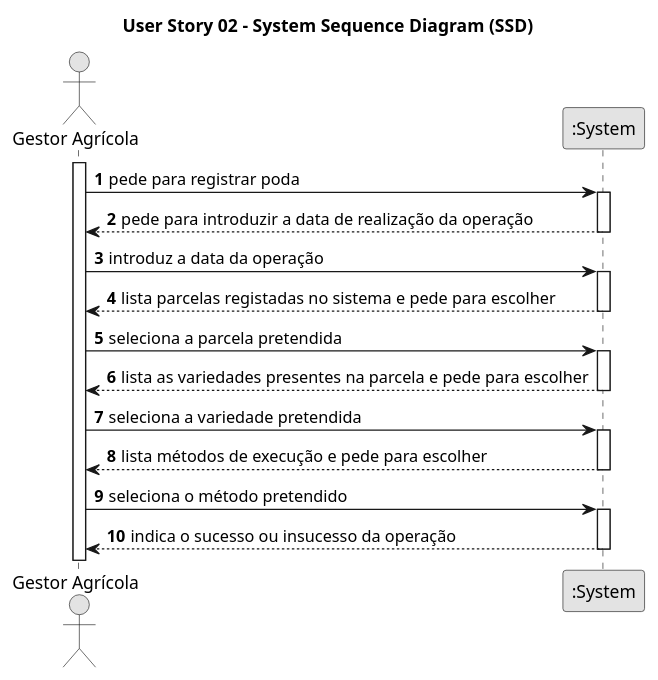
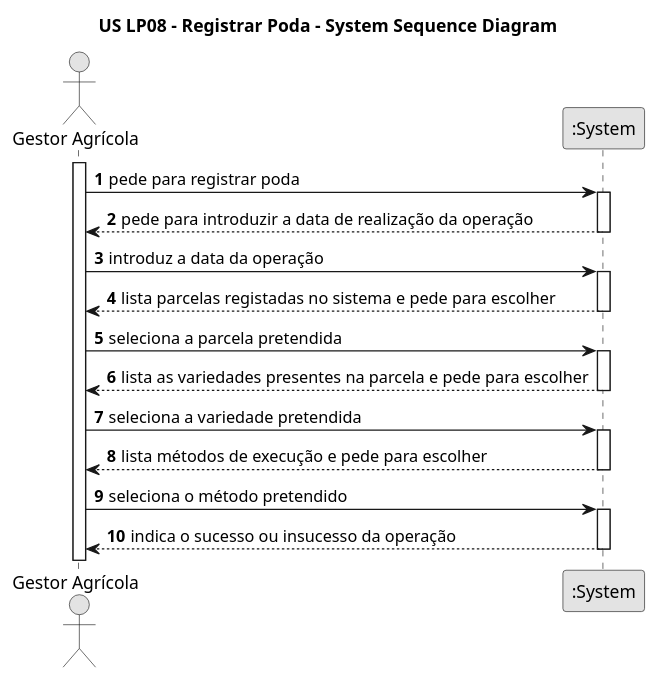
Before and after one commit to tiagohcorreia/LAPR3: the diagram in docs/sprint2/lapr3/us-lp-08/01-requirements/puml/us-lp-08-ssd.puml, drawn with PlantUML. The commit also changed 20 other files, not shown here.

```diff
--- a/docs/sprint2/lapr3/us-lp-08/01-requirements/puml/us-lp-08-ssd.puml
+++ b/docs/sprint2/lapr3/us-lp-08/01-requirements/puml/us-lp-08-ssd.puml
@@ -1,44 +1,44 @@
 @startuml
 skinparam monochrome true
 skinparam packageStyle rectangle
 skinparam shadowing false
 
-title User Story 02 - System Sequence Diagram (SSD)
+title US LP08 - Registrar Poda - System Sequence Diagram
 
 autonumber
 
 actor "Gestor Agrícola" as user
 participant ":System" as sys
 
 activate user
     user -> sys: pede para registrar poda
 
     activate sys
     sys-->user: pede para introduzir a data de realização da operação
     deactivate
 
     user->sys: introduz a data da operação
 
     activate sys
     sys-->user: lista parcelas registadas no sistema e pede para escolher
     deactivate sys
 
     user->sys: seleciona a parcela pretendida
 
     activate sys
     sys-->user: lista as variedades presentes na parcela e pede para escolher
     deactivate
 
     user->sys: seleciona a variedade pretendida
 
     activate sys
     sys-->user: lista métodos de execução e pede para escolher
     deactivate
 
     user->sys: seleciona o método pretendido
 
     activate sys
     sys-->user: indica o sucesso ou insucesso da operação
     deactivate
-    
+
 @enduml
```
